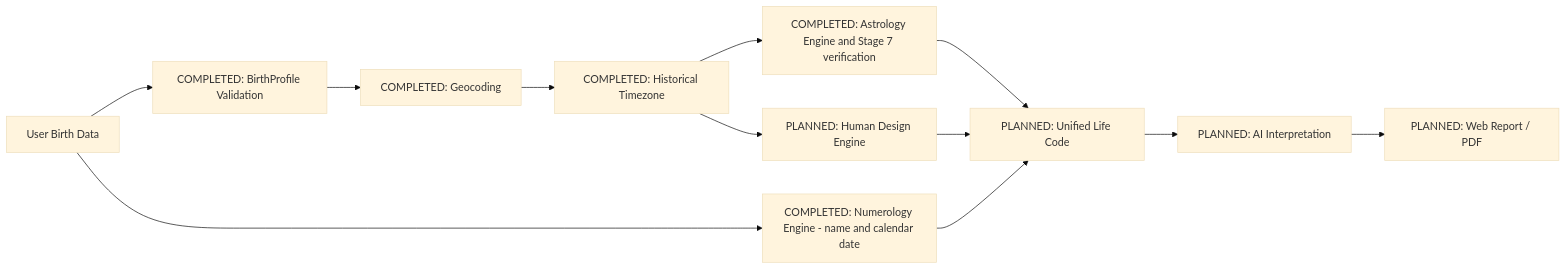
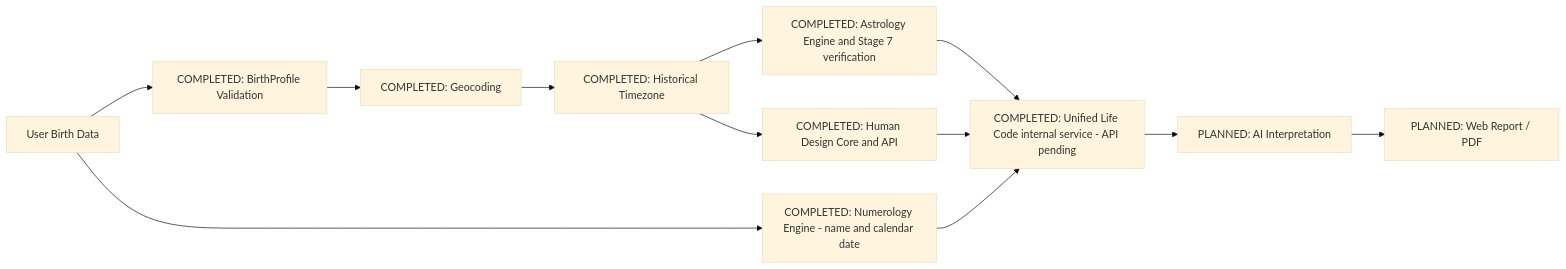
The diagram in docs/02_ARCHITECTURE.md (ismailbuzdan/yasam-kodu), drawn with Mermaid (base theme) before and after one commit. The commit also changed other lines of this file and 9 other files, not shown here.

Commit message:
feat: add unified Life Code calculation model

````diff
--- a/docs/02_ARCHITECTURE.md
+++ b/docs/02_ARCHITECTURE.md
@@ -13,14 +13,14 @@
 ```mermaid
 flowchart LR
   A[User Birth Data] --> B[COMPLETED: BirthProfile Validation]
   B --> C[COMPLETED: Geocoding]
   C --> D[COMPLETED: Historical Timezone]
   D --> E[COMPLETED: Astrology Engine and Stage 7 verification]
   A --> F[COMPLETED: Numerology Engine - name and calendar date]
-  D --> G[PLANNED: Human Design Engine]
-  E --> H[PLANNED: Unified Life Code]
+  D --> G[COMPLETED: Human Design Core and API]
+  E --> H[COMPLETED: Unified Life Code internal service - API pending]
   F --> H
   G --> H
   H --> I[PLANNED: AI Interpretation]
   I --> J[PLANNED: Web Report / PDF]
 ```
````
